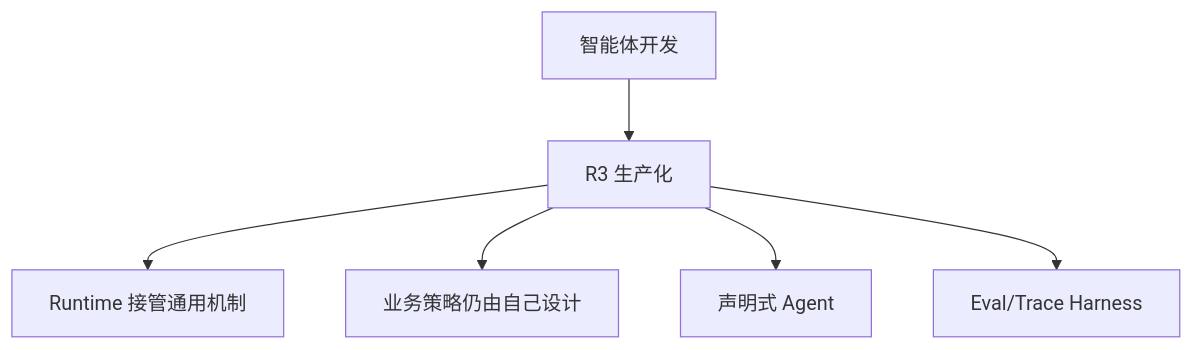
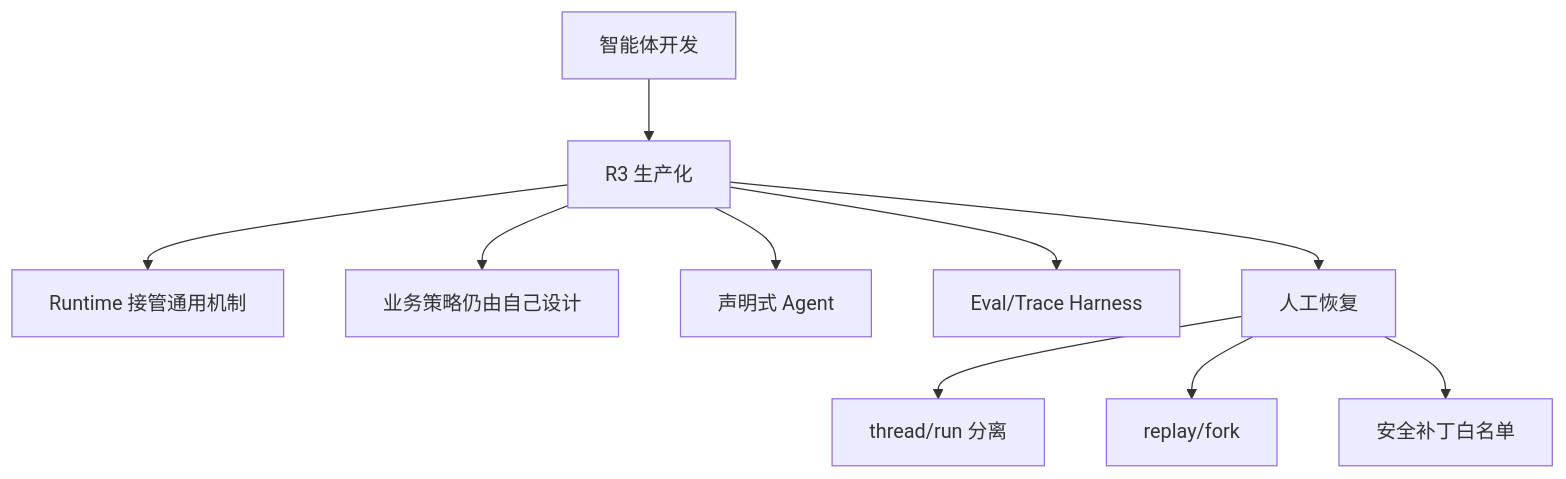
The third of 3 diagrams in Plans/学习循环/2026-07-17-学习-智能体开发-08-R3生产化.md (Wlx682/AI-Work-Kit), drawn with Mermaid before and after one commit. The commit also changed other lines of this file and 4 other files, not shown here.

````diff
--- a/Plans/学习循环/2026-07-17-学习-智能体开发-08-R3生产化.md
+++ b/Plans/学习循环/2026-07-17-学习-智能体开发-08-R3生产化.md
@@ -268,8 +271,12 @@
 ```mermaid
 graph TD
   A[智能体开发] --> B[R3 生产化]
   B --> C[Runtime 接管通用机制]
   B --> D[业务策略仍由自己设计]
   B --> E[声明式 Agent]
   B --> F[Eval/Trace Harness]
+  B --> G[人工恢复]
+  G --> G1[thread/run 分离]
+  G --> G2[replay/fork]
+  G --> G3[安全补丁白名单]
 ```
````
